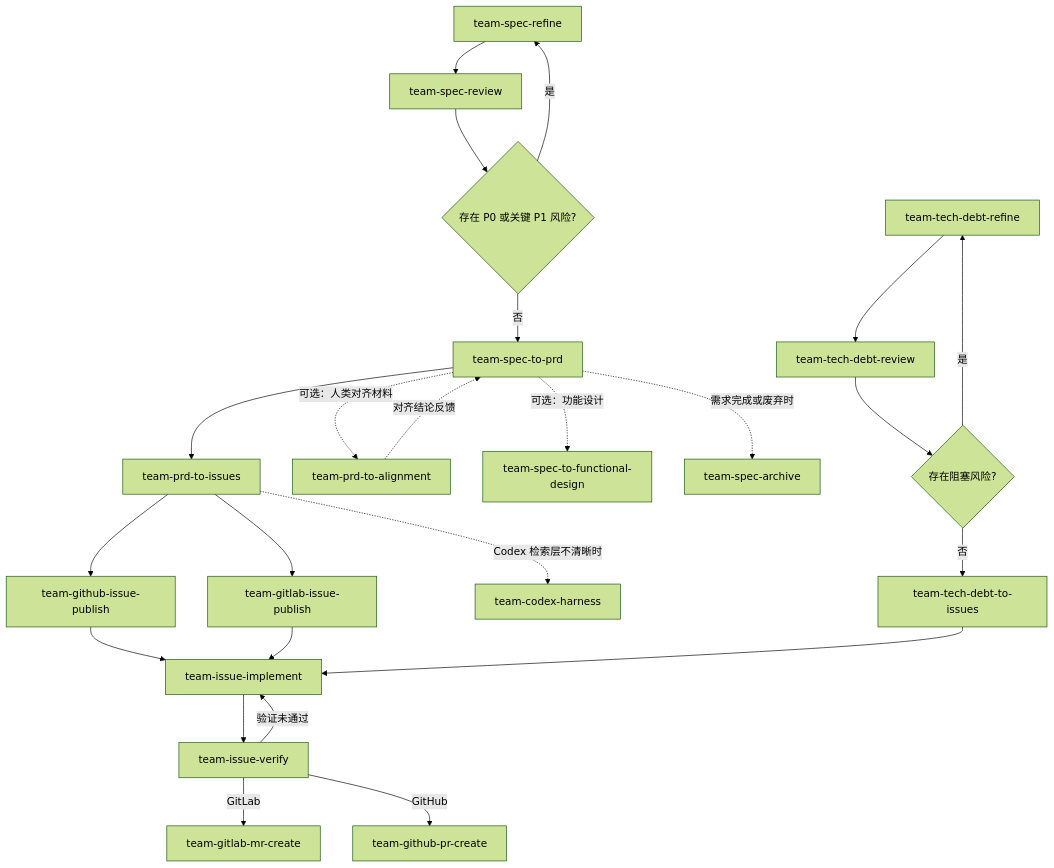
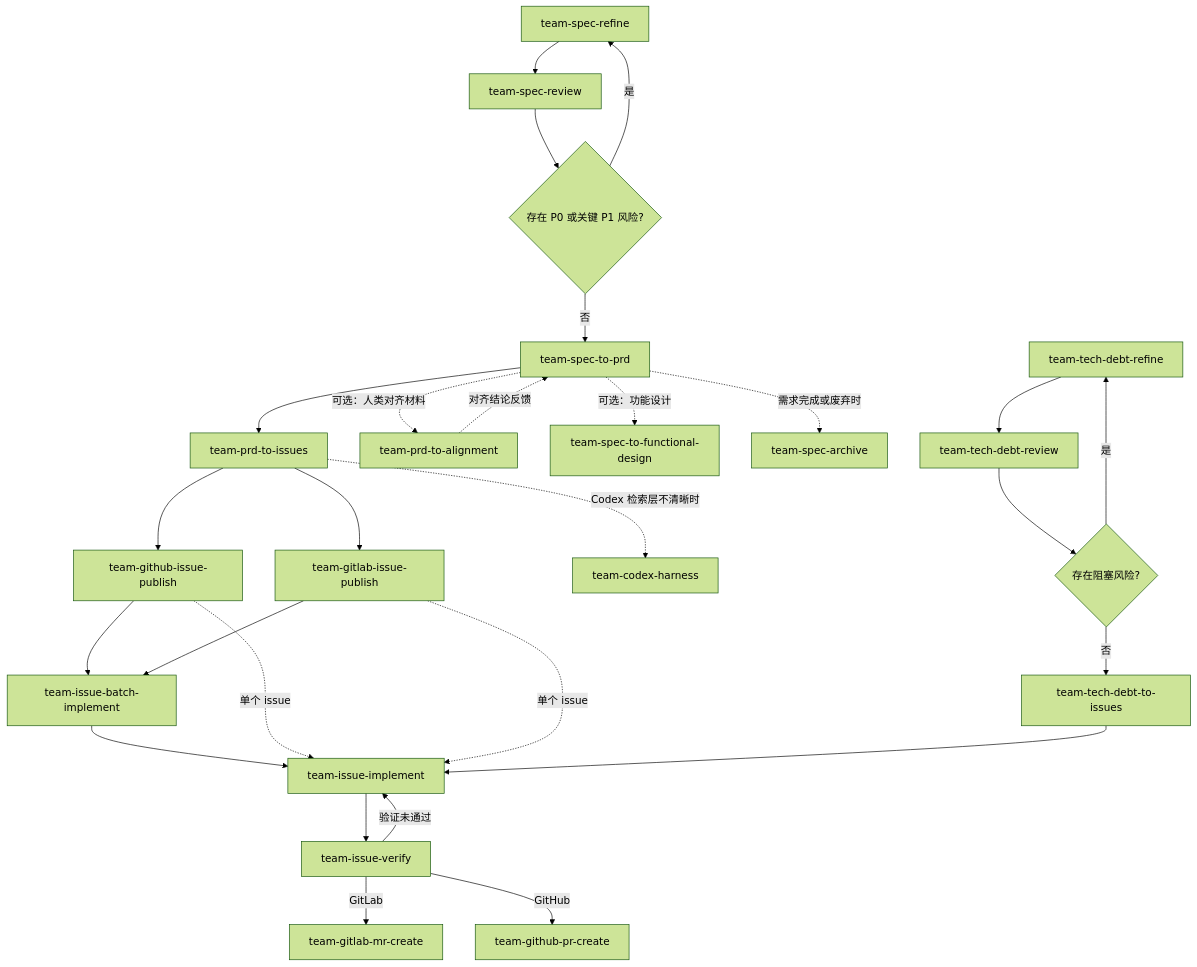
Before and after one commit to coolbeevip/team-ai-skills: the diagram in README.md, drawn with Mermaid (forest theme). The commit also changed other lines of this file and 9 other files, not shown here.

Commit message:
feat(delivery): add team-issue-batch-implement skill for batch orchestrating AFK issues

````diff
--- a/README.md
+++ b/README.md
@@ -69,27 +70,30 @@
 ```mermaid
 flowchart TD
     A[team-spec-refine] --> B[team-spec-review]
     B --> C{存在 P0 或关键 P1 风险?}
     C -- 是 --> A
     C -- 否 --> D[team-spec-to-prd]
     D --> F[team-prd-to-issues]
     D -. 可选：人类对齐材料 .-> H[team-prd-to-alignment]
     H -. 对齐结论反馈 .-> D
     D -. 可选：功能设计 .-> R[team-spec-to-functional-design]
     F --> N[team-github-issue-publish]
     F --> O[team-gitlab-issue-publish]
     F -. Codex 检索层不清晰时 .-> T[team-codex-harness]
-    N --> G[team-issue-implement]
-    O --> G
+    N --> U[team-issue-batch-implement]
+    O --> U
+    U --> G[team-issue-implement]
+    N -. 单个 issue .-> G
+    O -. 单个 issue .-> G
     G --> I[team-issue-verify]
     I -- 验证未通过 --> G
     I -- GitLab --> P[team-gitlab-mr-create]
     I -- GitHub --> Q[team-github-pr-create]
     D -. 需求完成或废弃时 .-> S[team-spec-archive]
 
     J[team-tech-debt-refine] --> K[team-tech-debt-review]
     K --> L{存在阻塞风险?}
     L -- 是 --> J
     L -- 否 --> M[team-tech-debt-to-issues]
     M --> G
 ```
````
